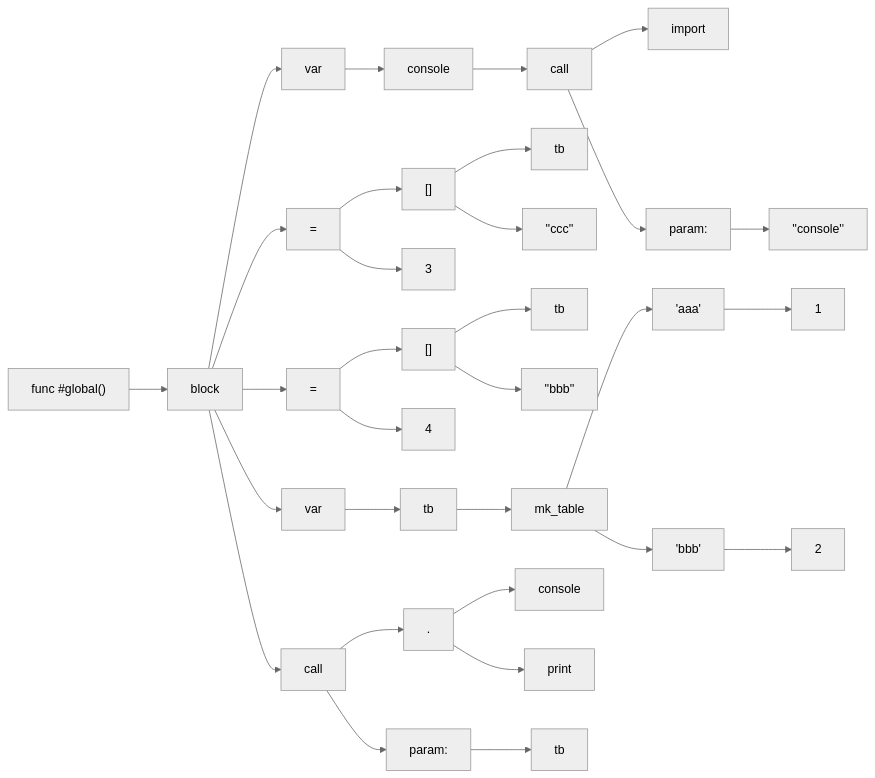
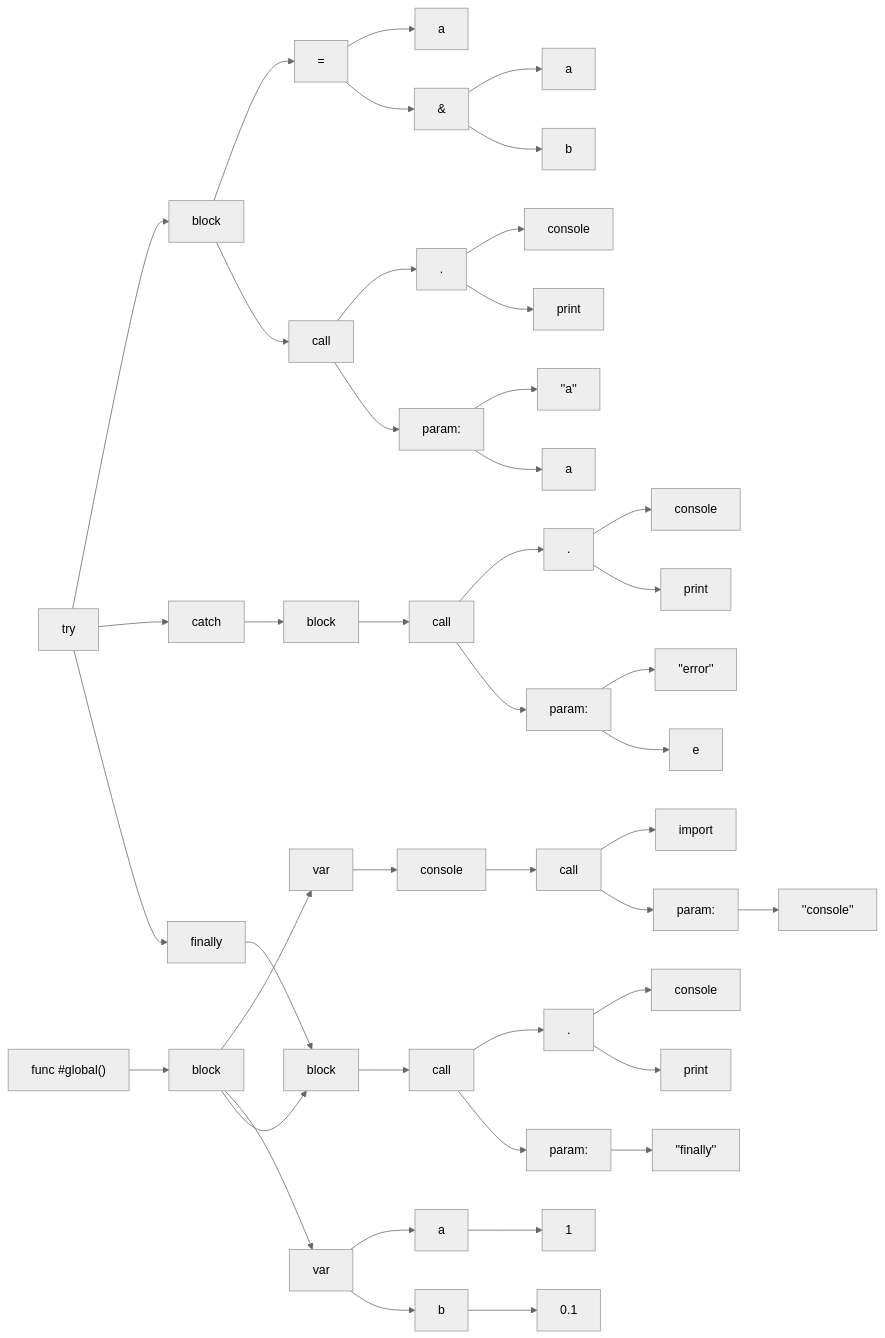
Before and after one commit to rick-200/Rapid: the diagram in graph.md, drawn with Mermaid (neutral theme). The commit also changed 15 other files, not shown here.

````diff
--- a/graph.md
+++ b/graph.md
@@ -15,50 +15,76 @@
 4-->5
 2-->3
 9["var"]
-A["tb"]
+A["a"]
 9-->A
-B["mk_table"]
-C["'aaa'"]
-B-->C
-D["1"]
+B["1"]
+A-->B
+C["b"]
+9-->C
+D["0.1"]
 C-->D
-E["'bbb'"]
-B-->E
-F["2"]
-E-->F
-A-->B
 2-->9
-10["="]
-11["[]"]
-12["tb"]
-13["''ccc''"]
+E["try"]
+F["catch"]
+10["block"]
+11["="]
+12["a"]
+13["&"]
+14["a"]
+15["b"]
+13-->14
+13-->15
 11-->12
 11-->13
-14["3"]
 10-->11
-10-->14
-2-->10
-15["="]
-16["[]"]
-17["tb"]
-18["''bbb''"]
+16["call"]
+17["."]
+18["console"]
+19["print"]
+17-->18
+17-->19
 16-->17
-16-->18
-19["4"]
-15-->16
-15-->19
-2-->15
-1A["call"]
-1B["."]
-1C["console"]
-1D["print"]
-1B-->1C
-1B-->1D
+1A["param:"]
+16-->1A
+1B["''a''"]
 1A-->1B
-1E["param:"]
-1A-->1E
-1F["tb"]
+1C["a"]
+1A-->1C
+10-->16
+E-->10
+1D["block"]
+1E["call"]
+1F["."]
+20["console"]
+21["print"]
+1F-->20
+1F-->21
 1E-->1F
-2-->1A
+22["param:"]
+1E-->22
+23["''error''"]
+22-->23
+24["e"]
+22-->24
+1D-->1E
+F-->1D
+E-->F
+25["finally"]
+E-->25
+26["block"]
+27["call"]
+28["."]
+29["console"]
+2A["print"]
+28-->29
+28-->2A
+27-->28
+2B["param:"]
+27-->2B
+2C["''finally''"]
+2B-->2C
+26-->27
+25-->26
+2-->26
 1-->2
 ```
````
